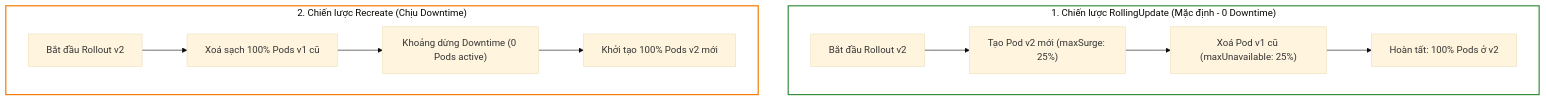
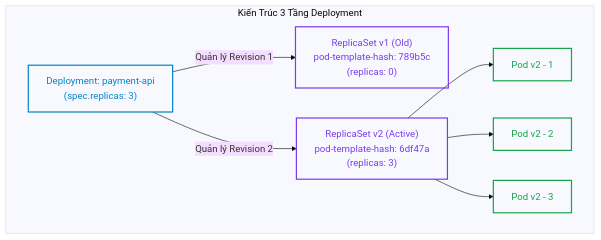
The first of 4 diagrams in _posts/2026-09-12-cka-15-15-deployment-replicaset-rollout.md (kiennt308/ntk), drawn with Mermaid (base theme) before and after one commit. The commit also changed other lines of this file and 39 other files, not shown here.

````diff
--- a/_posts/2026-09-12-cka-15-15-deployment-replicaset-rollout.md
+++ b/_posts/2026-09-12-cka-15-15-deployment-replicaset-rollout.md
@@ -159,17 +49,27 @@
 ```mermaid
 graph TD
-    subgraph RollingUpdate_Strategy ["1. Chiến lược RollingUpdate (Mặc định - 0 Downtime)"]
-        RU_START["Bắt đầu Rollout v2"] --> RU_SURGE["Tạo Pod v2 mới (maxSurge: 25%)"]
-        RU_SURGE --> RU_DEL["Xoá Pod v1 cũ (maxUnavailable: 25%)"]
-        RU_DEL --> RU_DONE["Hoàn tất: 100% Pods ở v2"]
+    subgraph DeploymentArch ["Kiến Trúc 3 Tầng Deployment"]
+        Deploy["Deployment: payment-api<br>(spec.replicas: 3)"]
+        
+        RS_Old["ReplicaSet v1 (Old)<br>pod-template-hash: 789b5c<br>(replicas: 0)"]
+        RS_New["ReplicaSet v2 (Active)<br>pod-template-hash: 6df47a<br>(replicas: 3)"]
+        
+        Pod1["Pod v2 - 1"]
+        Pod2["Pod v2 - 2"]
+        Pod3["Pod v2 - 3"]
+        
+        Deploy -->|Quản lý Revision 1| RS_Old
+        Deploy -->|Quản lý Revision 2| RS_New
+        
+        RS_New --> Pod1
+        RS_New --> Pod2
+        RS_New --> Pod3
     end
 
-    subgraph Recreate_Strategy ["2. Chiến lược Recreate (Chịu Downtime)"]
-        RC_START["Bắt đầu Rollout v2"] --> RC_DEL_ALL["Xoá sạch 100% Pods v1 cũ"]
-        RC_DEL_ALL --> RC_DOWN["Khoảng dừng Downtime (0 Pods active)"]
-        RC_DOWN --> RC_NEW["Khởi tạo 100% Pods v2 mới"]
-    end
-
-    style RollingUpdate_Strategy fill:none,stroke:#388e3c,stroke-width:2px
-    style Recreate_Strategy fill:none,stroke:#f57c00,stroke-width:2px
+    classDef dStyle fill:none,stroke:#0284c7,stroke-width:2px,color:#0284c7;
+    classDef rStyle fill:none,stroke:#7c3aed,stroke-width:2px,color:#7c3aed;
+    classDef pStyle fill:none,stroke:#16a34a,stroke-width:2px,color:#16a34a;
+    class Deploy dStyle;
+    class RS_Old,RS_New rStyle;
+    class Pod1,Pod2,Pod3 pStyle;
 ```
````
